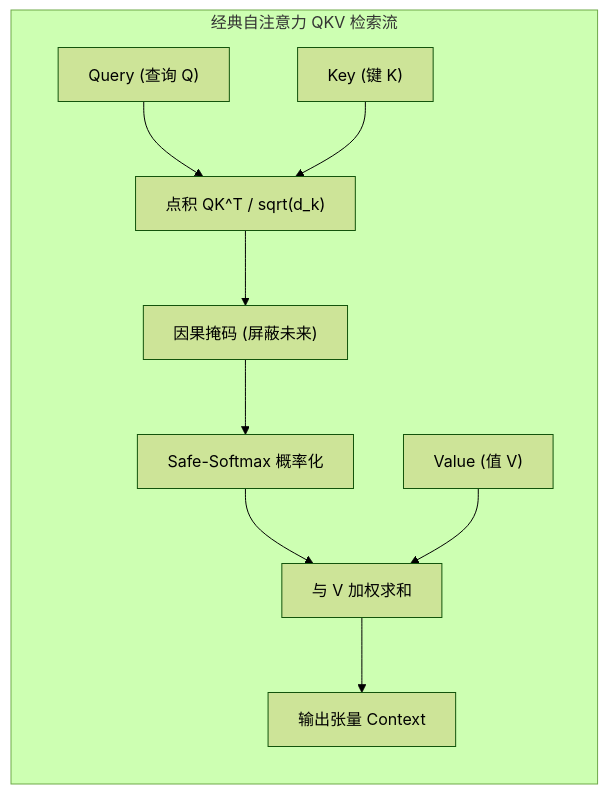
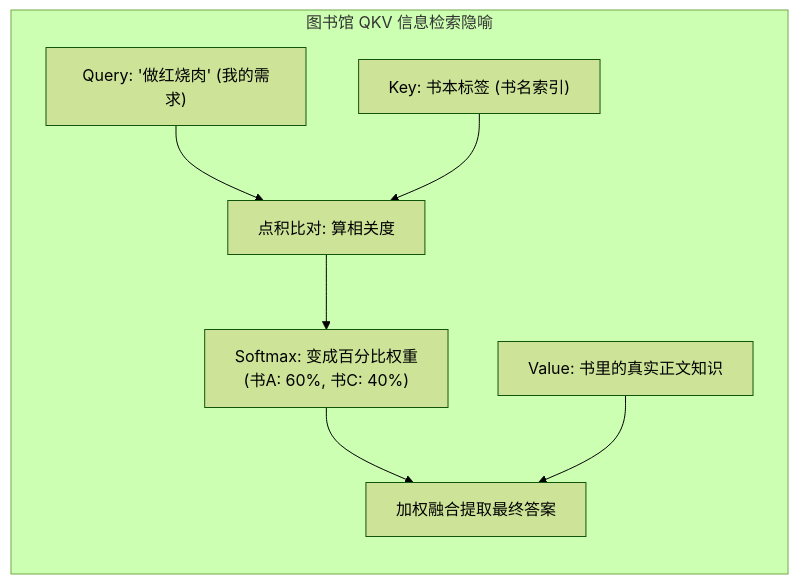
Before and after one commit to hqu-little-boy/blog: the first of 3 diagrams in src/content/posts/dl-operators-06-attention-mechanisms-flashattention-mla-guide.md, drawn with Mermaid (forest theme). The commit also changed other lines of this file and 11 other files, not shown here.

````diff
--- a/src/content/posts/dl-operators-06-attention-mechanisms-flashattention-mla-guide.md
+++ b/src/content/posts/dl-operators-06-attention-mechanisms-flashattention-mla-guide.md
@@ -47,18 +50,17 @@
 ```mermaid
 graph LR
-    subgraph AttentionFlow["经典自注意力 QKV 检索流"]
-        Q["Query (查询 Q)"]
-        K["Key (键 K)"]
-        V["Value (值 V)"]
-        Dot["点积 QK^T / sqrt(d_k)"]
-        Mask["因果掩码 (屏蔽未来)"]
-        Softmax["Safe-Softmax 概率化"]
-        Weighted["与 V 加权求和"]
-        Out["输出张量 Context"]
-        
+    subgraph AttentionLibrary["图书馆 QKV 信息检索隐喻"]
+        Q["Query: '做红烧肉' (我的需求)"]
+        K["Key: 书本标签 (书名索引)"]
+        Dot["点积比对: 算相关度"]
+        Softmax["Softmax: 变成百分比权重\n(书A: 60%, 书C: 40%)"]
+        V["Value: 书里的真实正文知识"]
+        Out["加权融合提取最终答案"]
+
         Q --> Dot
         K --> Dot
-        Dot --> Mask --> Softmax --> Weighted
-        V --> Weighted --> Out
+        Dot --> Softmax
+        Softmax --> Out
+        V --> Out
     end
 ```
````
